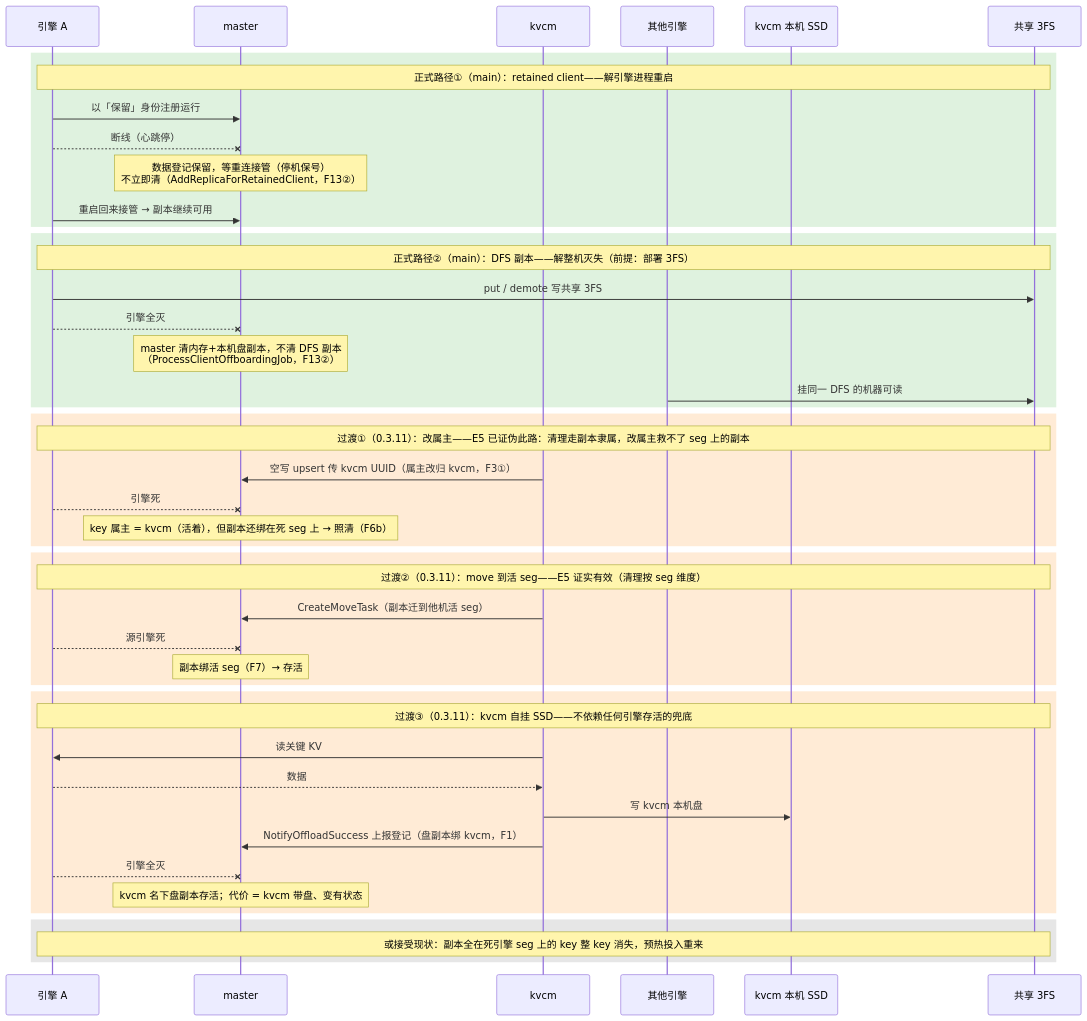
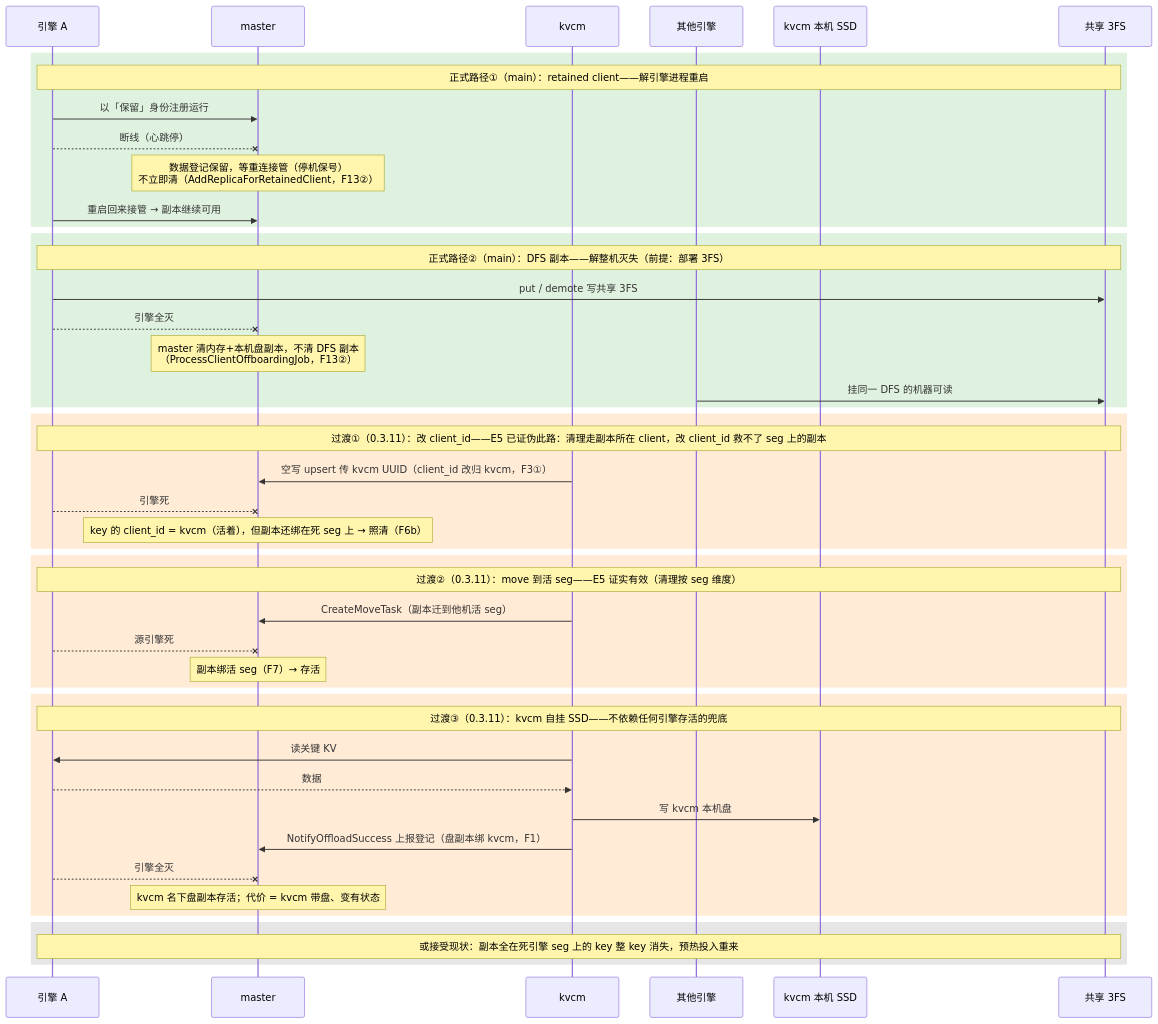
Before and after one commit to 5x8-40/lake: the ninth of 11 diagrams in kvcm/D2-kv-operations.md, drawn with Mermaid. The commit also changed other lines of this file and 6 other files, not shown here.

First line of the commit message:
docs(kvcm): 归属术语再简化——废弃汉语标签，一律 client 直说

````diff
--- a/kvcm/D2-kv-operations.md
+++ b/kvcm/D2-kv-operations.md
@@ -722,53 +722,53 @@
 ```mermaid
 sequenceDiagram
     participant E as 引擎 A
     participant M as master
     participant K as kvcm
     participant B as 其他引擎
     participant KS as kvcm 本机 SSD
     participant DFS as 共享 3FS
 
     rect rgb(223, 242, 223)
     Note over E,DFS: 正式路径①（main）：retained client——解引擎进程重启
     E->>M: 以「保留」身份注册运行
     E--xM: 断线（心跳停）
     Note over M: 数据登记保留，等重连接管（停机保号）<br/>不立即清（AddReplicaForRetainedClient，F13②）
     E->>M: 重启回来接管 → 副本继续可用
     end
 
     rect rgb(223, 242, 223)
     Note over E,DFS: 正式路径②（main）：DFS 副本——解整机灭失（前提：部署 3FS）
     E->>DFS: put / demote 写共享 3FS
     E--xM: 引擎全灭
     Note over M: master 清内存+本机盘副本，不清 DFS 副本<br/>（ProcessClientOffboardingJob，F13②）
     B->>DFS: 挂同一 DFS 的机器可读
     end
 
     rect rgb(255, 235, 214)
-    Note over E,DFS: 过渡①（0.3.11）：改属主——E5 已证伪此路：清理走副本隶属，改属主救不了 seg 上的副本
-    K->>M: 空写 upsert 传 kvcm UUID（属主改归 kvcm，F3①）
+    Note over E,DFS: 过渡①（0.3.11）：改 client_id——E5 已证伪此路：清理走副本所在 client，改 client_id 救不了 seg 上的副本
+    K->>M: 空写 upsert 传 kvcm UUID（client_id 改归 kvcm，F3①）
     E--xM: 引擎死
-    Note over M: key 属主 = kvcm（活着），但副本还绑在死 seg 上 → 照清（F6b）
+    Note over M: key 的 client_id = kvcm（活着），但副本还绑在死 seg 上 → 照清（F6b）
     end
 
     rect rgb(255, 235, 214)
     Note over E,DFS: 过渡②（0.3.11）：move 到活 seg——E5 证实有效（清理按 seg 维度）
     K->>M: CreateMoveTask（副本迁到他机活 seg）
     E--xM: 源引擎死
     Note over M: 副本绑活 seg（F7）→ 存活
     end
 
     rect rgb(255, 235, 214)
     Note over E,DFS: 过渡③（0.3.11）：kvcm 自挂 SSD——不依赖任何引擎存活的兜底
     K->>E: 读关键 KV
     E-->>K: 数据
     K->>KS: 写 kvcm 本机盘
     K->>M: NotifyOffloadSuccess 上报登记（盘副本绑 kvcm，F1）
     E--xM: 引擎全灭
     Note over M: kvcm 名下盘副本存活；代价 = kvcm 带盘、变有状态
     end
 
     rect rgb(230, 230, 230)
     Note over E,DFS: 或接受现状：副本全在死引擎 seg 上的 key 整 key 消失，预热投入重来
     end
 ```
````
